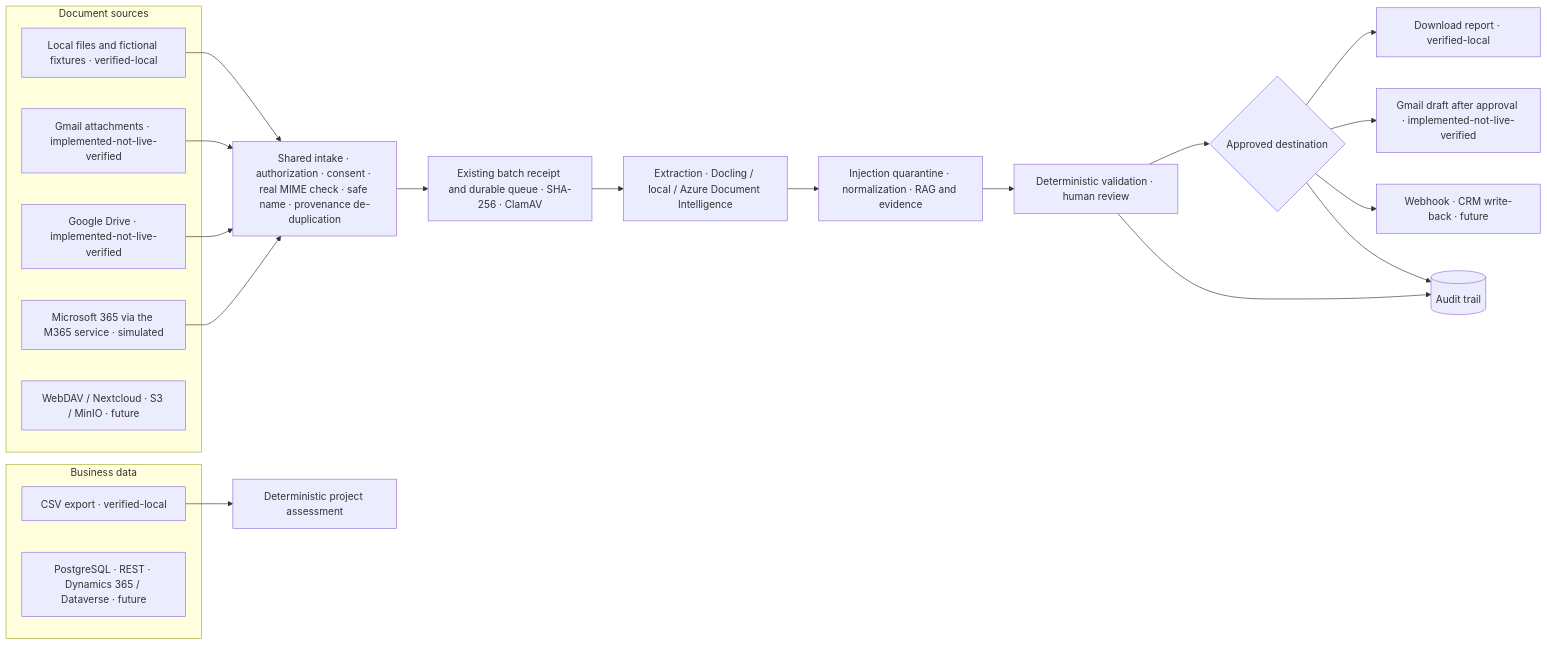
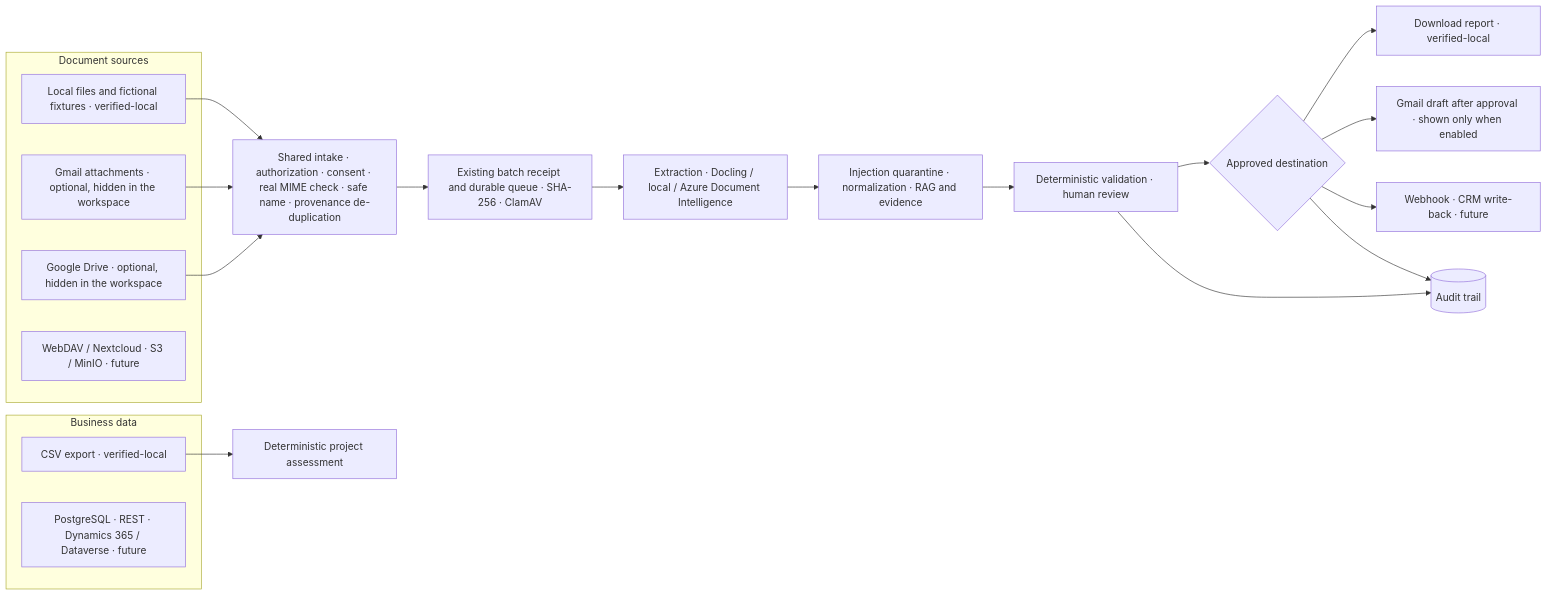
The diagram in docs/CONNECTORS.md (quocvietphung/document-intelligence-lab), drawn with Mermaid before and after one commit. The commit also changed other lines of this file and 38 other files, not shown here.

First line of the commit message:
feat(workspace): AI task guide, Control Tower charts and local sources

````diff
--- a/docs/CONNECTORS.md
+++ b/docs/CONNECTORS.md
@@ -5,25 +5,24 @@
 ```mermaid
 flowchart LR
     subgraph Sources[Document sources]
       L[Local files and fictional fixtures · verified-local]
-      G[Gmail attachments · implemented-not-live-verified]
-      D[Google Drive · implemented-not-live-verified]
-      M[Microsoft 365 via the M365 service · simulated]
+      G[Gmail attachments · optional, hidden in the workspace]
+      D[Google Drive · optional, hidden in the workspace]
       F1[WebDAV / Nextcloud · S3 / MinIO · future]
     end
     subgraph Data[Business data]
       C[CSV export · verified-local]
       F2[PostgreSQL · REST · Dynamics 365 / Dataverse · future]
     end
-    L & G & D & M --> I[Shared intake · authorization · consent · real MIME check · safe name · provenance de-duplication]
+    L & G & D --> I[Shared intake · authorization · consent · real MIME check · safe name · provenance de-duplication]
     I --> Q[Existing batch receipt and durable queue · SHA-256 · ClamAV]
     Q --> X[Extraction · Docling / local / Azure Document Intelligence]
     X --> GU[Injection quarantine · normalization · RAG and evidence]
     GU --> R[Deterministic validation · human review]
     C --> PA[Deterministic project assessment]
     R --> DS{Approved destination}
     DS --> RP[Download report · verified-local]
-    DS --> GD[Gmail draft after approval · implemented-not-live-verified]
+    DS --> GD[Gmail draft after approval · shown only when enabled]
     DS --> F3[Webhook · CRM write-back · future]
     R & DS --> A[(Audit trail)]
 ```
````
